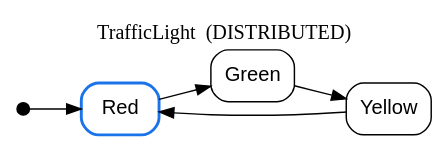
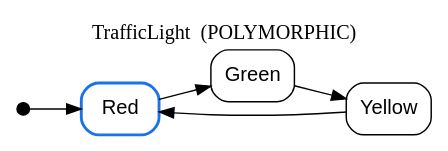
Before and after one commit to SarvarTulkunov/sealfsm: the diagram in sample-output/TrafficLight.dot, drawn with Graphviz. The commit also changed 16 other files, not shown here.

```diff
--- a/sample-output/TrafficLight.dot
+++ b/sample-output/TrafficLight.dot
@@ -1,18 +1,18 @@
 digraph "TrafficLight" {
   rankdir=LR;
   labelloc="t";
-  label="TrafficLight  (DISTRIBUTED)";
+  label="TrafficLight  (POLYMORPHIC)";
   node [shape=rectangle, style=rounded, fontname="Helvetica"];
   edge [fontname="Helvetica", fontsize=10];
 
   __start [shape=point, width=0.12, label=""];
   __start -> "Red";
 
   "Red" [penwidth=2, color="#1a73e8"];
   "Green";
   "Yellow";
 
   "Red" -> "Green";
   "Green" -> "Yellow";
   "Yellow" -> "Red";
 }
```
